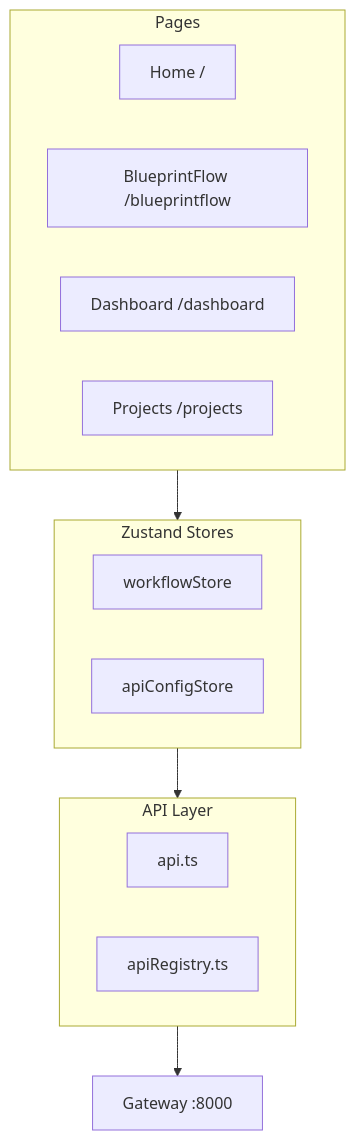
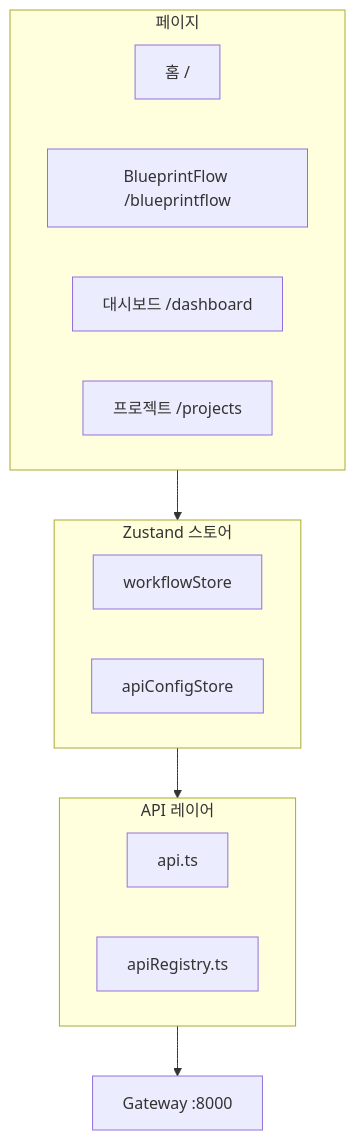
One commit to uprootai/AX_OCR changed the diagram in docs-site/docs/frontend/index.md. Above: the diagram before and after it, drawn with Mermaid. The commit also changed other lines of this file and 64 other files, not shown here.

````diff
--- a/docs-site/docs/frontend/index.md
+++ b/docs-site/docs/frontend/index.md
@@ -20,23 +20,23 @@
 ```mermaid
 flowchart TD
-    subgraph Pages
-        HOME["Home /"]
+    subgraph 페이지
+        HOME["홈 /"]
         BF["BlueprintFlow /blueprintflow"]
-        DASH["Dashboard /dashboard"]
-        PROJ["Projects /projects"]
+        DASH["대시보드 /dashboard"]
+        PROJ["프로젝트 /projects"]
     end
 
-    subgraph Stores["Zustand Stores"]
+    subgraph 스토어["Zustand 스토어"]
         WS["workflowStore"]
         AS["apiConfigStore"]
     end
 
-    subgraph API["API Layer"]
+    subgraph API["API 레이어"]
         LIB["api.ts"]
         REG["apiRegistry.ts"]
     end
 
-    Pages --> Stores
-    Stores --> API
+    페이지 --> 스토어
+    스토어 --> API
     API --> GW["Gateway :8000"]
 ```
````
